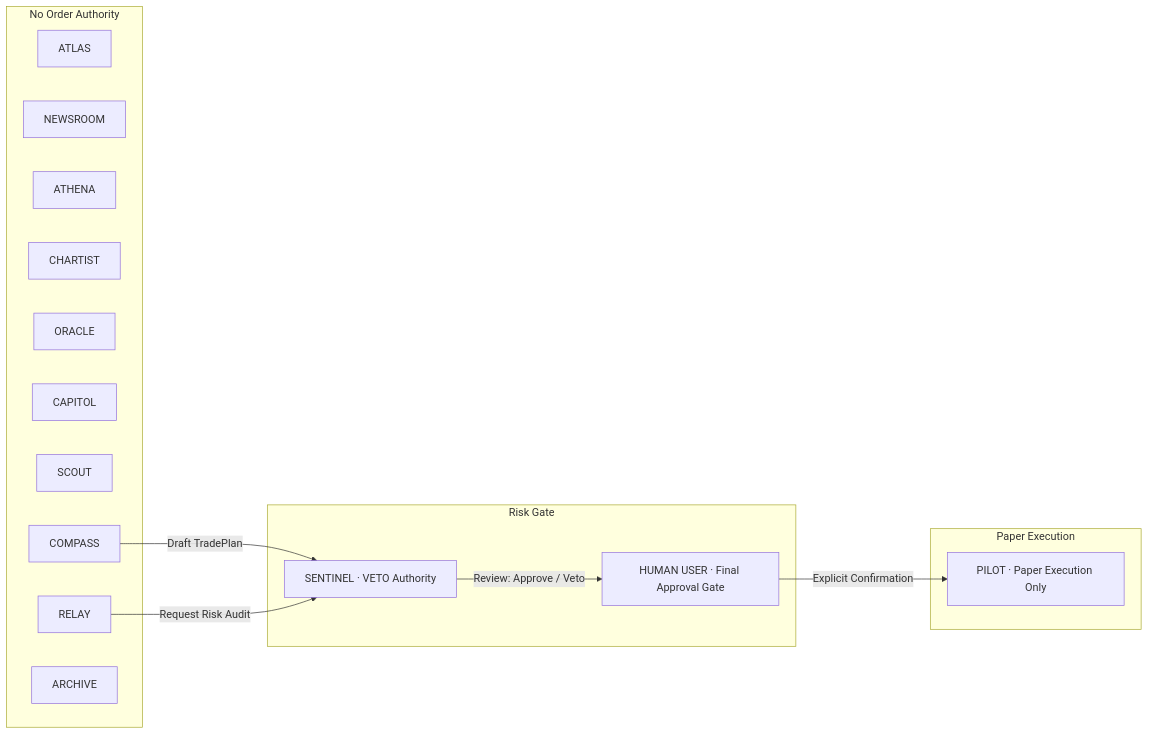
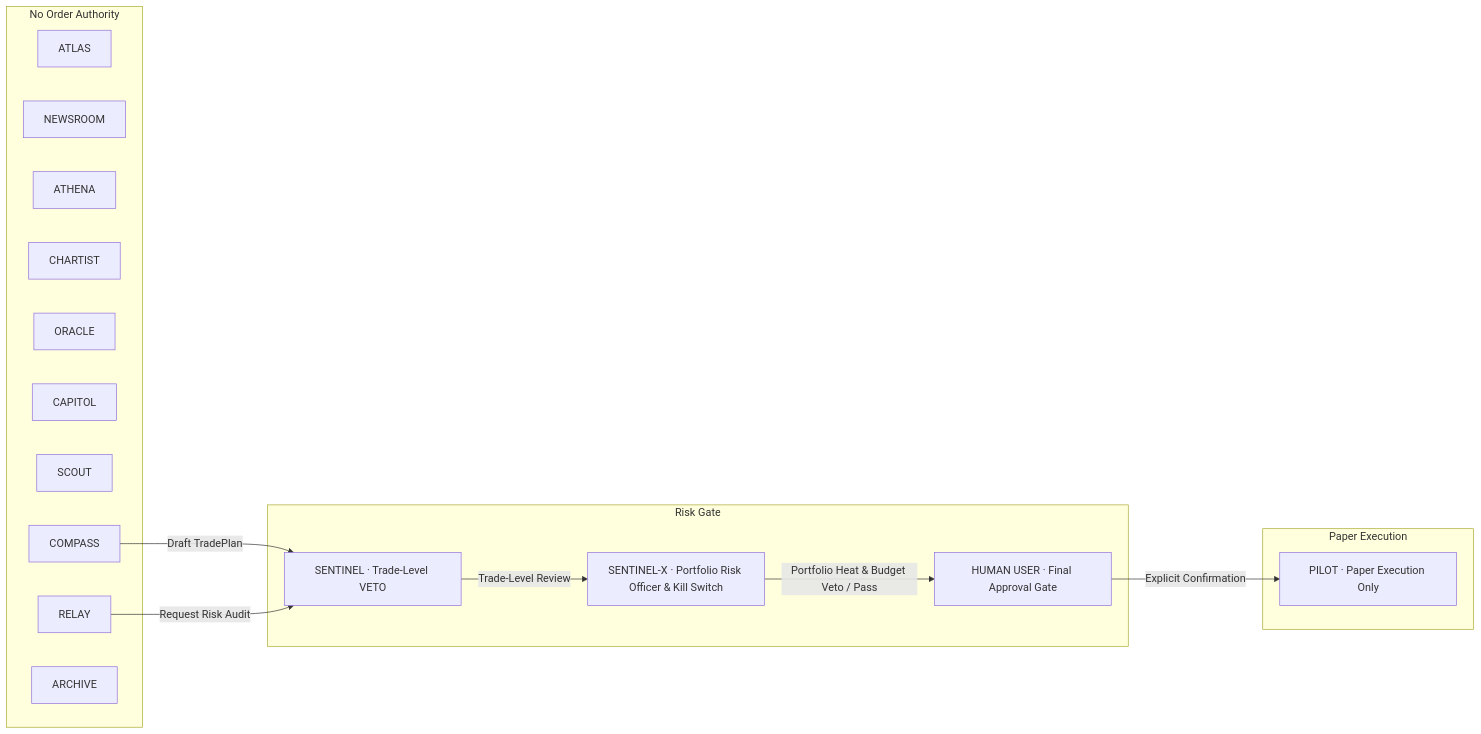
Before and after one commit to Itzjay169/F.R.I.D.A.Y: the diagram in SECURITY.md, drawn with Mermaid. The commit also changed other lines of this file and 23 other files, not shown here.

Commit message:
feat(sentinel-x): implement Phase 7.5 portfolio risk, heat, correlation, and kill switch

````diff
--- a/SECURITY.md
+++ b/SECURITY.md
@@ -29,29 +29,31 @@
 ```mermaid
 graph LR
     subgraph Read & Analyze Only [No Order Authority]
         ATLAS[ATLAS]
         NEWSROOM[NEWSROOM]
         ATHENA[ATHENA]
         CHARTIST[CHARTIST]
         ORACLE[ORACLE]
         CAPITOL[CAPITOL]
         SCOUT[SCOUT]
         COMPASS[COMPASS]
         RELAY[RELAY]
         ARCHIVE[ARCHIVE]
     end
 
     subgraph Risk Gate
-        SENTINEL[SENTINEL · VETO Authority]
+        SENTINEL[SENTINEL · Trade-Level VETO]
+        SENTINELX[SENTINEL-X · Portfolio Risk Officer & Kill Switch]
         USER[HUMAN USER · Final Approval Gate]
     end
 
     subgraph Paper Execution
         PILOT[PILOT · Paper Execution Only]
     end
 
     COMPASS -->|Draft TradePlan| SENTINEL
+    SENTINEL -->|Trade-Level Review| SENTINELX
+    SENTINELX -->|Portfolio Heat & Budget Veto / Pass| USER
     RELAY -->|Request Risk Audit| SENTINEL
-    SENTINEL -->|Review: Approve / Veto| USER
     USER -->|Explicit Confirmation| PILOT
 ```
````
